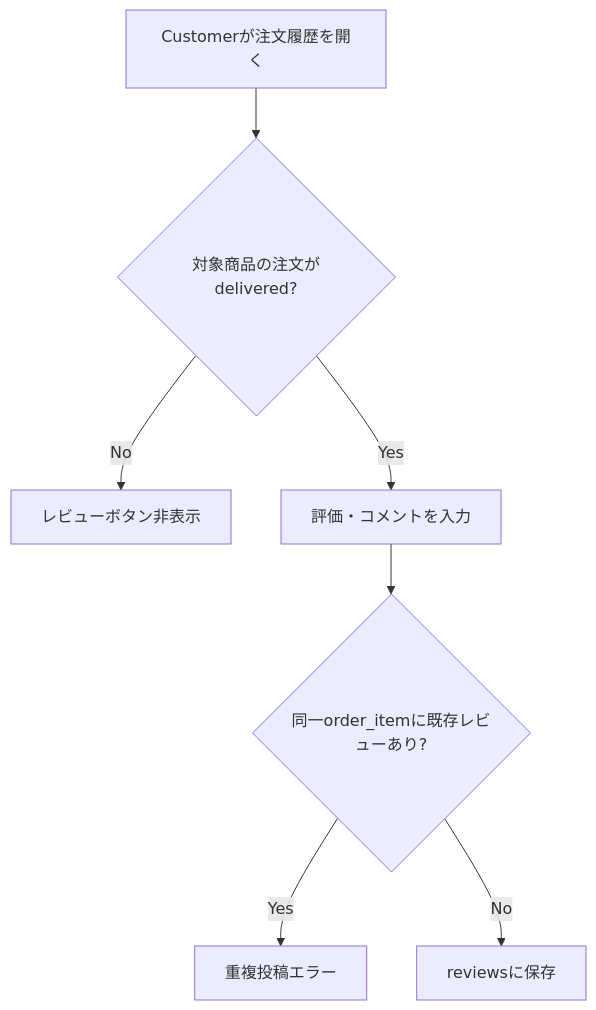
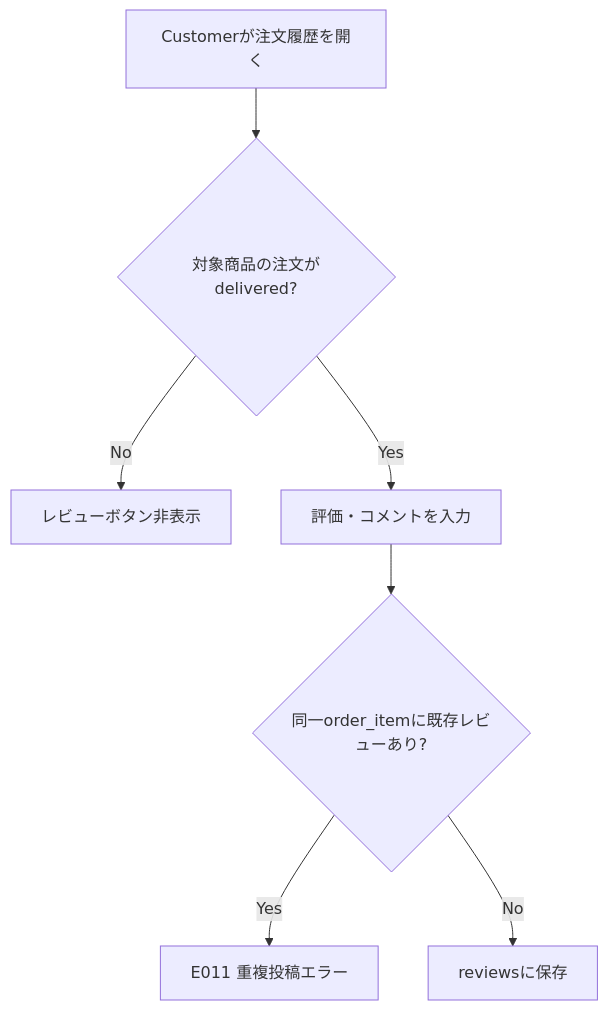
The seventh of 9 diagrams in EC_Site/docs/04_業務フロー.md (tringuyenminh209/Project), drawn with Mermaid before and after one commit. The commit also changed other lines of this file and 5 other files, not shown here.

````diff
--- a/EC_Site/docs/04_業務フロー.md
+++ b/EC_Site/docs/04_業務フロー.md
@@ -189,9 +190,9 @@
 ```mermaid
 flowchart TD
     A["Customerが注文履歴を開く"] --> B{"対象商品の注文がdelivered?"}
     B -->|No| C["レビューボタン非表示"]
     B -->|Yes| D["評価・コメントを入力"]
     D --> E{"同一order_itemに既存レビューあり?"}
-    E -->|Yes| F["重複投稿エラー"]
+    E -->|Yes| F["E011 重複投稿エラー"]
     E -->|No| G["reviewsに保存"]
 ```
````
